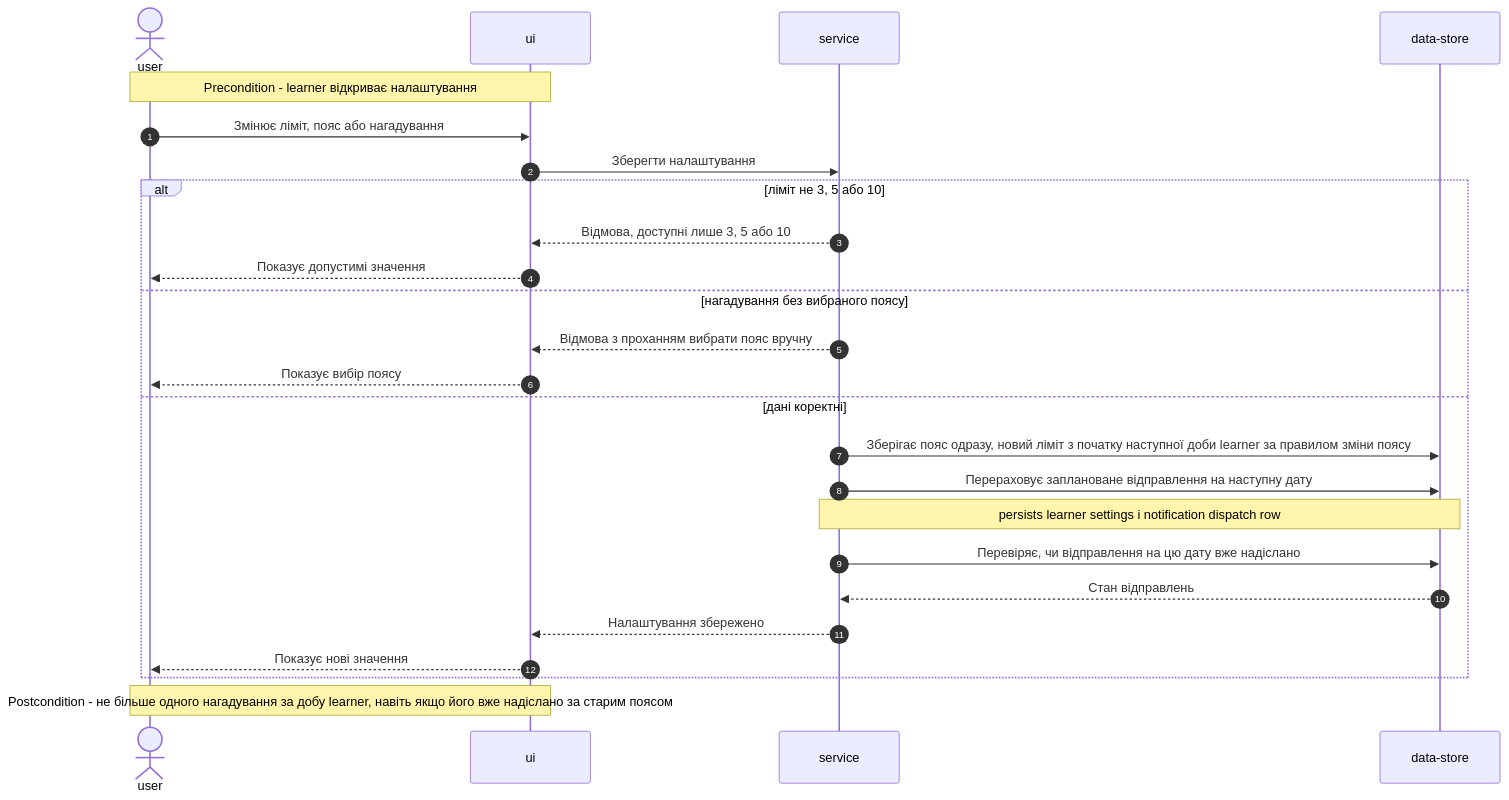
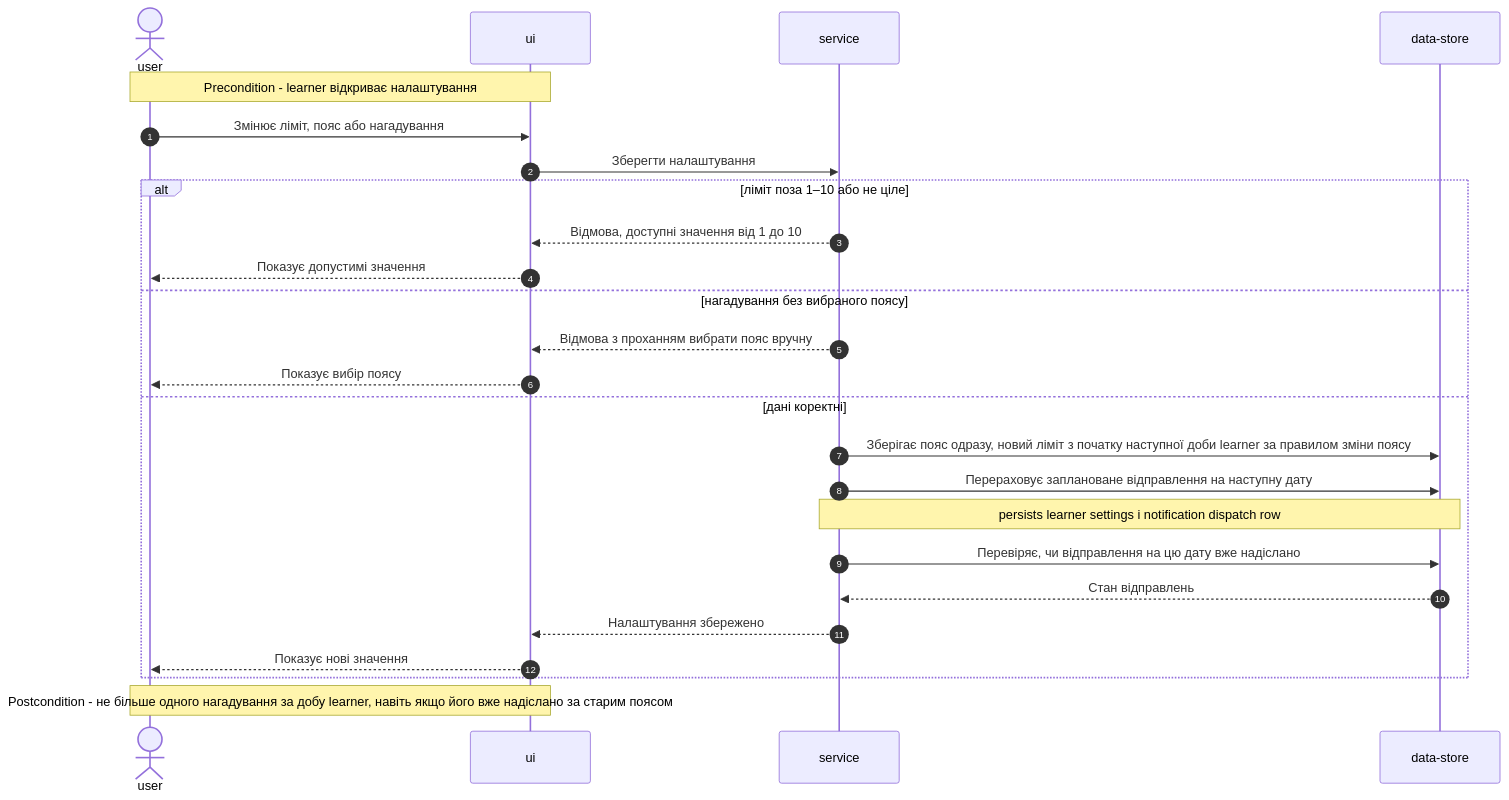
One commit to HeliosPersonal/constant-learning changed diagram 11 of 18 in docs/features/personal-trainer-mvp/sad.md. Above: the diagram before and after it, drawn with Mermaid. The commit also changed other lines of this file and 4 other files, not shown here.

````diff
--- a/docs/features/personal-trainer-mvp/sad.md
+++ b/docs/features/personal-trainer-mvp/sad.md
@@ -451,28 +451,28 @@
 ```mermaid
 sequenceDiagram
     autonumber
     actor U as user
     participant UI as ui
     participant S as service
     participant D as data-store
 
     Note over U,UI: Precondition - learner відкриває налаштування
     U->>UI: Змінює ліміт, пояс або нагадування
     UI->>S: Зберегти налаштування
-    alt ліміт не 3, 5 або 10
-        S-->>UI: Відмова, доступні лише 3, 5 або 10
+    alt ліміт поза 1–10 або не ціле
+        S-->>UI: Відмова, доступні значення від 1 до 10
         UI-->>U: Показує допустимі значення
     else нагадування без вибраного поясу
         S-->>UI: Відмова з проханням вибрати пояс вручну
         UI-->>U: Показує вибір поясу
     else дані коректні
         S->>D: Зберігає пояс одразу, новий ліміт з початку наступної доби learner за правилом зміни поясу
         S->>D: Перераховує заплановане відправлення на наступну дату
         Note over S,D: persists learner settings і notification dispatch row
         S->>D: Перевіряє, чи відправлення на цю дату вже надіслано
         D-->>S: Стан відправлень
         S-->>UI: Налаштування збережено
         UI-->>U: Показує нові значення
     end
     Note over U,UI: Postcondition - не більше одного нагадування за добу learner, навіть якщо його вже надіслано за старим поясом
 ```
````
